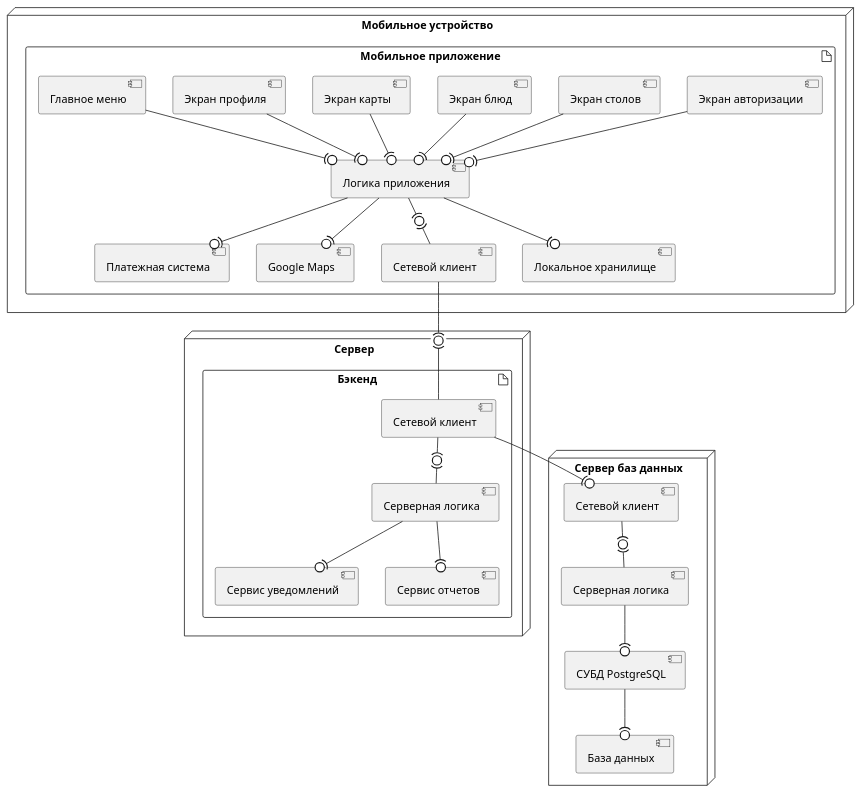
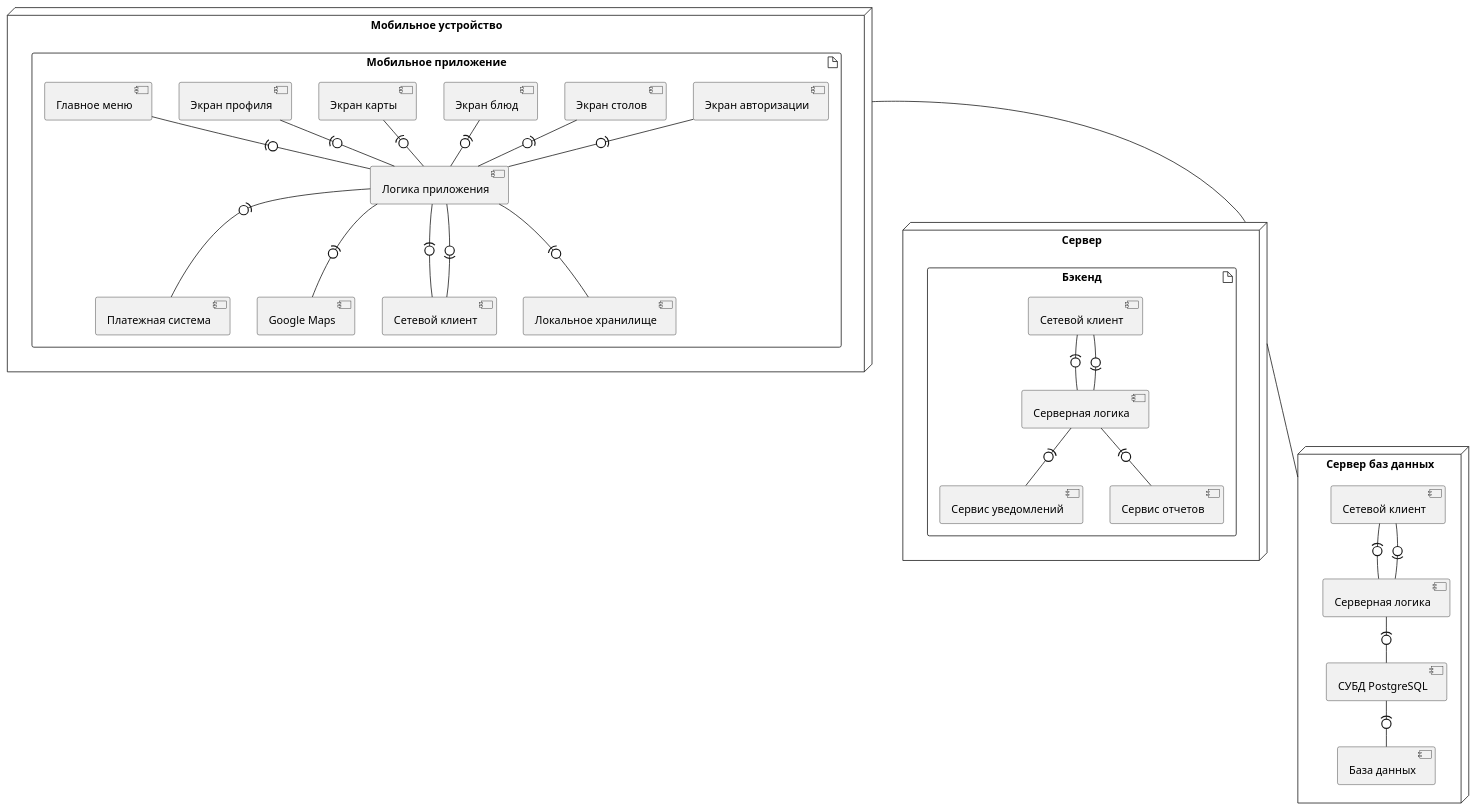
Before and after one commit to Towich/PlantUML: the diagram in Restaurant/развертывания.wsd, drawn with PlantUML. The commit also changed 1 other file, not shown here.

```diff
--- a/Restaurant/развертывания.wsd
+++ b/Restaurant/развертывания.wsd
@@ -1,56 +1,59 @@
 @startuml
 node "Мобильное устройство" {
   artifact "Мобильное приложение" {
     component "Логика приложения" as AppLogic
     component "Платежная система" as PaymentSystem
     component "Google Maps" as GoogleMaps
     component "Экран авторизации" as AuthScreen
     component "Экран столов" as TablesScreen
     component "Экран блюд" as DishesScreen
     component "Экран карты" as MapScreen
     component "Экран профиля" as ProfileScreen
     component "Главное меню" as MainMenu
     component "Сетевой клиент" as NetworkClient
     component "Локальное хранилище" as LocalStorage
   }
 }
 
 node "Сервер" {
   artifact "Бэкенд" {
     component "Сетевой клиент" as NetworkClient1
     component "Серверная логика" as ServerLogic
     component "Сервис уведомлений" as Notifications
     component "Сервис отчетов" as ReportService
   }
 }
 
 node "Сервер баз данных" {
     component "Сетевой клиент" as NetworkClient2
     component "Серверная логика" as ServerLogic1
     component "СУБД PostgreSQL" as Database1
     component "База данных" as DB
 }
 
-AppLogic --(0 PaymentSystem
-AppLogic --(0 GoogleMaps
-AppLogic -(0)- NetworkClient
-AppLogic --(0 LocalStorage
+"Мобильное устройство" --- "Сервер"
+"Сервер" --- "Сервер баз данных"
 
-AuthScreen --(0 AppLogic  
-TablesScreen --(0 AppLogic
-DishesScreen --(0 AppLogic
-MapScreen --(0 AppLogic
-ProfileScreen --(0 AppLogic  
-MainMenu--(0 AppLogic 
+AppLogic -(0- PaymentSystem
+AppLogic -(0- GoogleMaps
+AppLogic -(0- NetworkClient
+NetworkClient -(0- AppLogic
+AppLogic -(0- LocalStorage
 
-NetworkClient -(0)- NetworkClient1
-NetworkClient1 -(0)- ServerLogic
-NetworkClient1 --(0 NetworkClient2
+AuthScreen -(0- AppLogic  
+TablesScreen -(0- AppLogic
+DishesScreen -(0- AppLogic
+MapScreen -(0- AppLogic
+ProfileScreen -(0- AppLogic  
+MainMenu -(0- AppLogic 
 
+NetworkClient1 -(0- ServerLogic
+ServerLogic -(0- NetworkClient1
 
-ServerLogic --(0 Notifications
-ServerLogic --(0 ReportService
-NetworkClient2 -(0)- ServerLogic1
-ServerLogic1 --(0 Database1
-Database1 --(0 DB
+ServerLogic -(0- Notifications
+ServerLogic -(0- ReportService
+NetworkClient2 -(0- ServerLogic1
+ServerLogic1 -(0- NetworkClient2
+ServerLogic1 -(0- Database1
+Database1 -(0- DB
 @enduml
```
